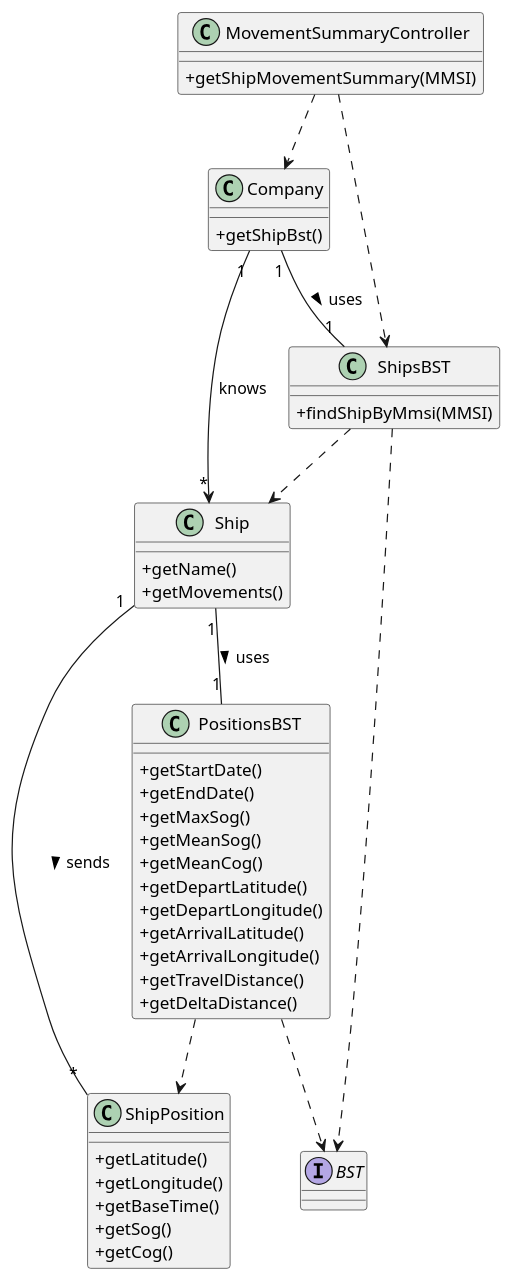
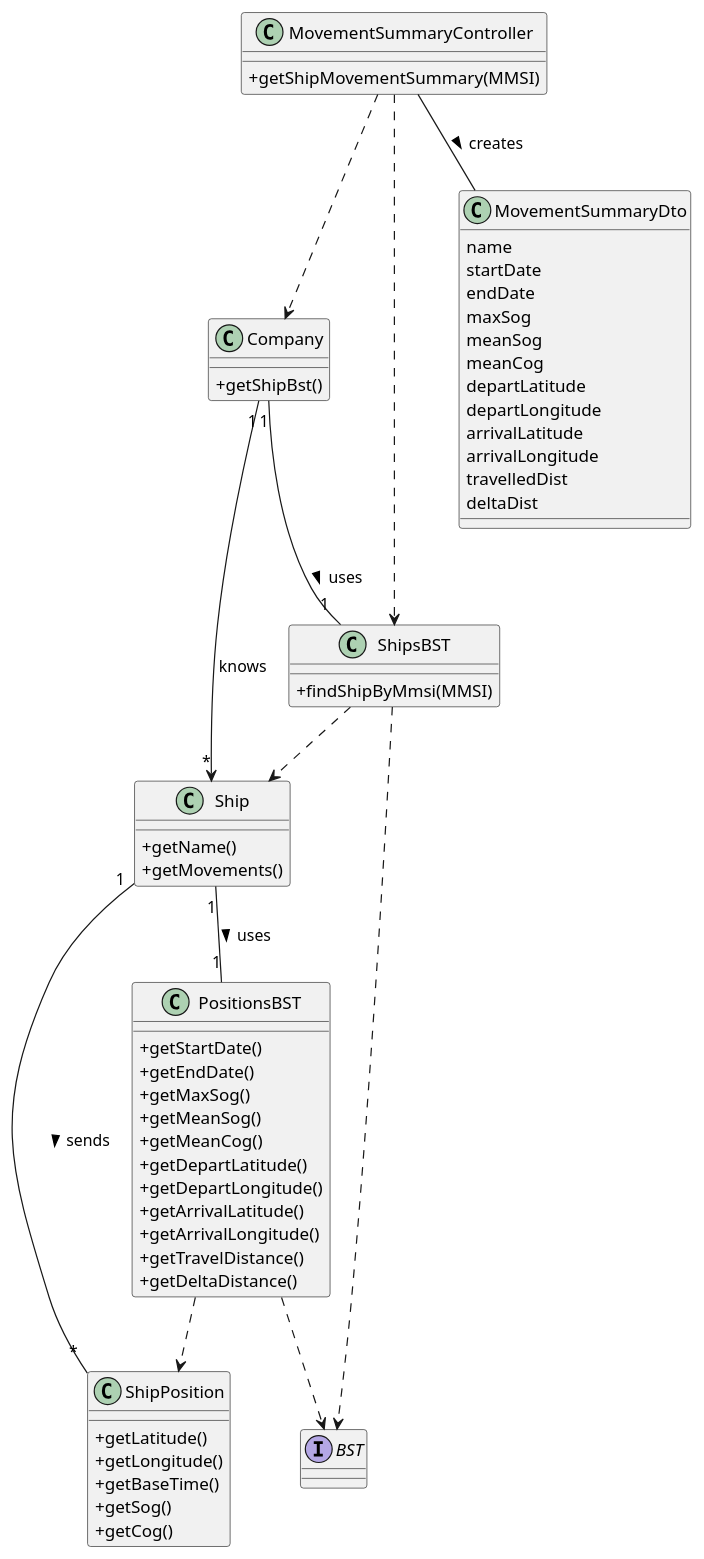
The diagram in docs/US104/CD_104.puml (ana-albergaria/LAPR3-ISEP), drawn with PlantUML before and after one commit. The commit also changed 4 other files, not shown here.

```diff
--- a/docs/US104/CD_104.puml
+++ b/docs/US104/CD_104.puml
@@ -1,57 +1,73 @@
 @startuml
 skinparam classAttributeIconSize 0
 
 class Company{
     +getShipBst()
 }
 Interface BST{}
 
 class Ship {
     +getName()
     +getMovements()
 }
 
 class ShipsBST{
     +findShipByMmsi(MMSI)
 }
 
 class ShipPosition{
     +getLatitude()
     +getLongitude()
     +getBaseTime()
     +getSog()
     +getCog()
 }
 
 class PositionsBST {
     +getStartDate()
     +getEndDate()
     +getMaxSog()
     +getMeanSog()
     +getMeanCog()
     +getDepartLatitude()
     +getDepartLongitude()
     +getArrivalLatitude()
     +getArrivalLongitude()
     +getTravelDistance()
     +getDeltaDistance()
 }
 
 
 class MovementSummaryController {
 +getShipMovementSummary(MMSI)
 }
 
+class MovementSummaryDto{
+    name
+    startDate
+    endDate
+    maxSog
+    meanSog
+    meanCog
+    departLatitude
+    departLongitude
+    arrivalLatitude
+    arrivalLongitude
+    travelledDist
+    deltaDist
+}
+
 
 MovementSummaryController ..> Company
 MovementSummaryController ..> ShipsBST
+MovementSummaryController -- MovementSummaryDto: creates >
 Company "1" --> "*" Ship : knows
 Company "1" -- "1" ShipsBST : uses >
 ShipsBST ..> Ship
 Ship "1" -- "*" ShipPosition : sends >
 Ship "1" -- "1" PositionsBST : uses >
 PositionsBST ..> ShipPosition
 ShipsBST ..> BST
 PositionsBST ..> BST
 
 @enduml
```
